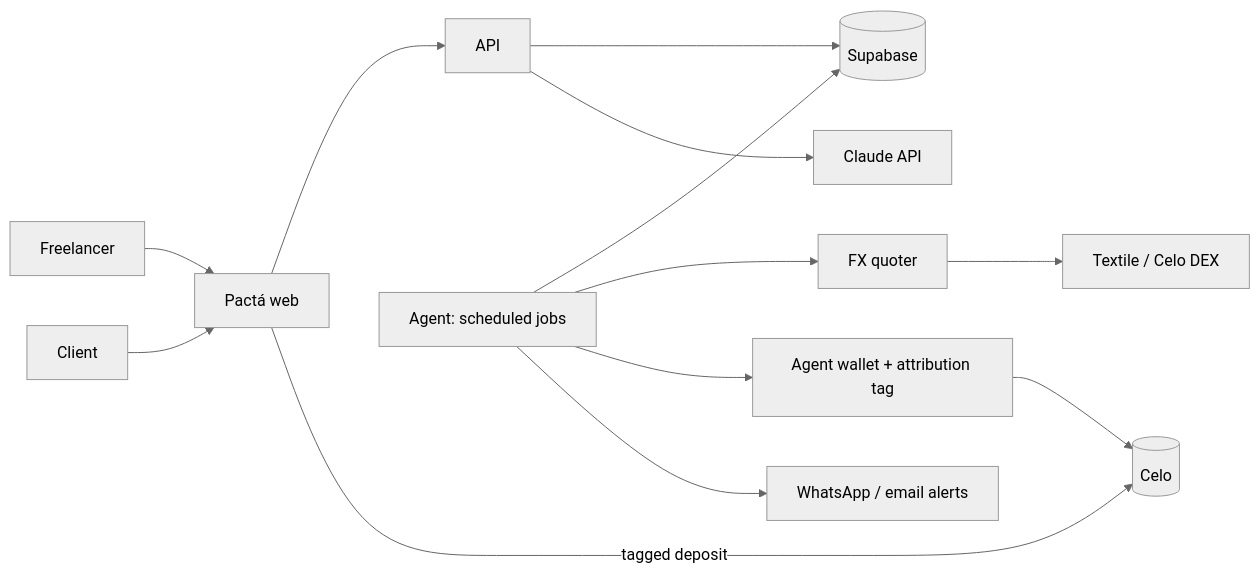
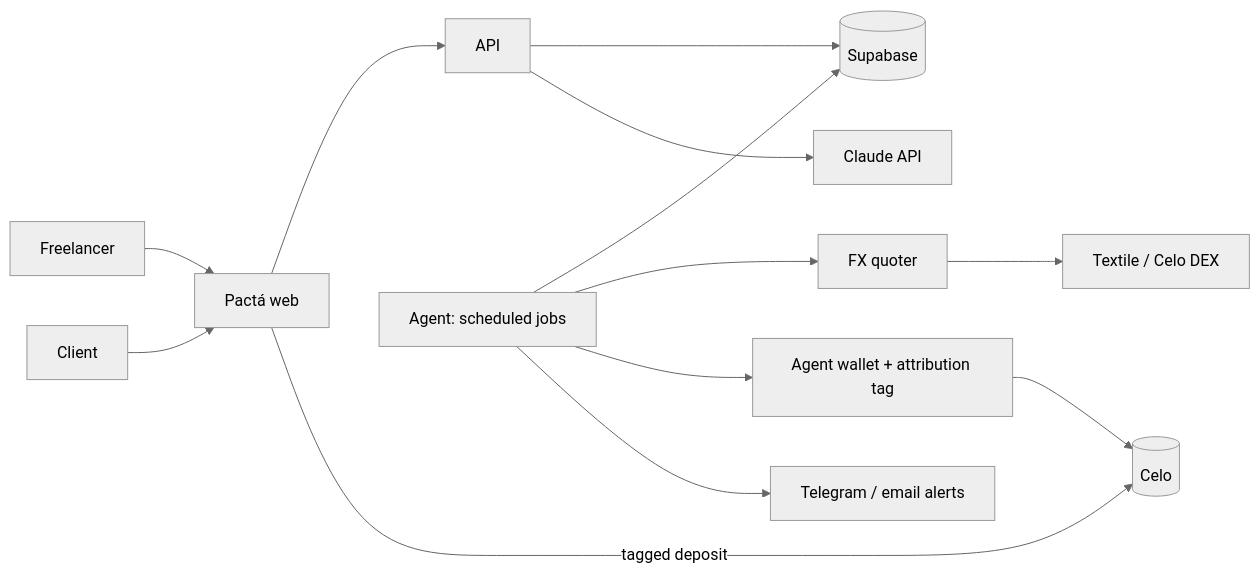
The second of 2 diagrams in README.md (marianelavflora/pacta), drawn with Mermaid (neutral theme) before and after one commit. The commit also changed other lines of this file and 12 other files, not shown here.

````diff
--- a/README.md
+++ b/README.md
@@ -56,15 +56,15 @@
 ```mermaid
 flowchart LR
   F[Freelancer] --> W[Pactá web]
   C[Client] --> W
   W --> API[API]
   API --> DB[(Supabase)]
   API --> IA[Claude API]
   AG[Agent: scheduled jobs] --> DB
   AG --> FX[FX quoter]
   FX --> TX[Textile / Celo DEX]
   AG --> WAL[Agent wallet + attribution tag]
   WAL --> CELO[(Celo)]
   W -- tagged deposit --> CELO
-  AG --> N[WhatsApp / email alerts]
+  AG --> N[Telegram / email alerts]
 ```
````
